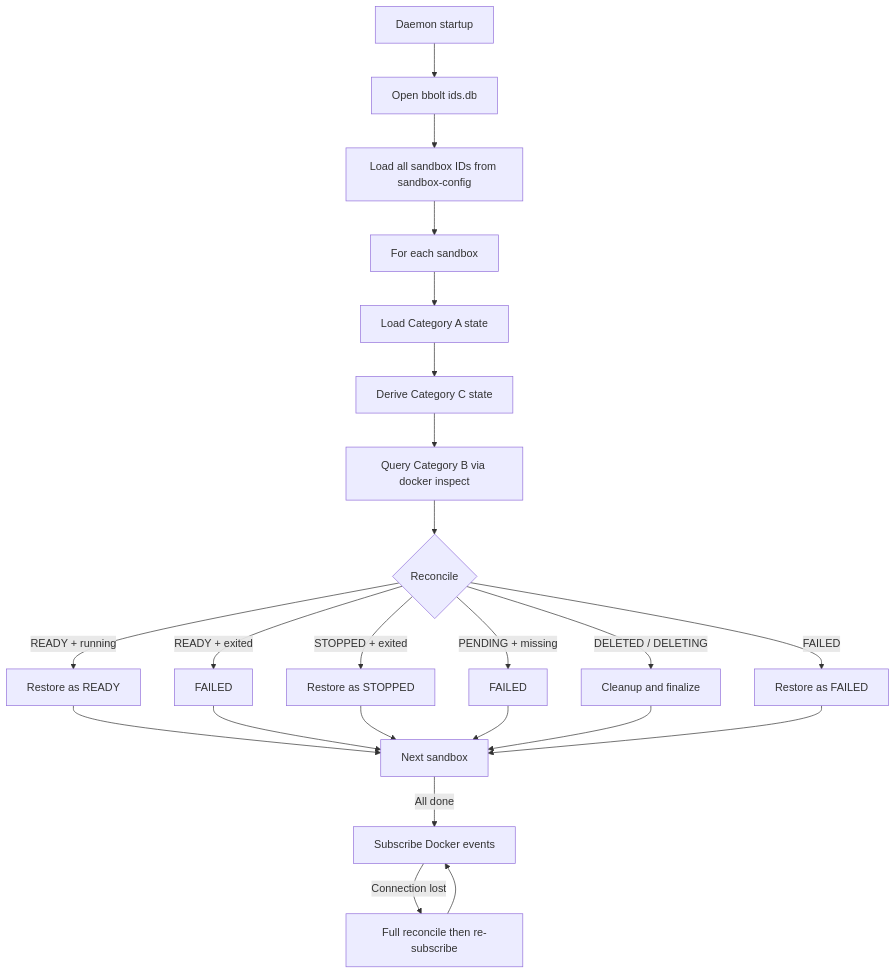
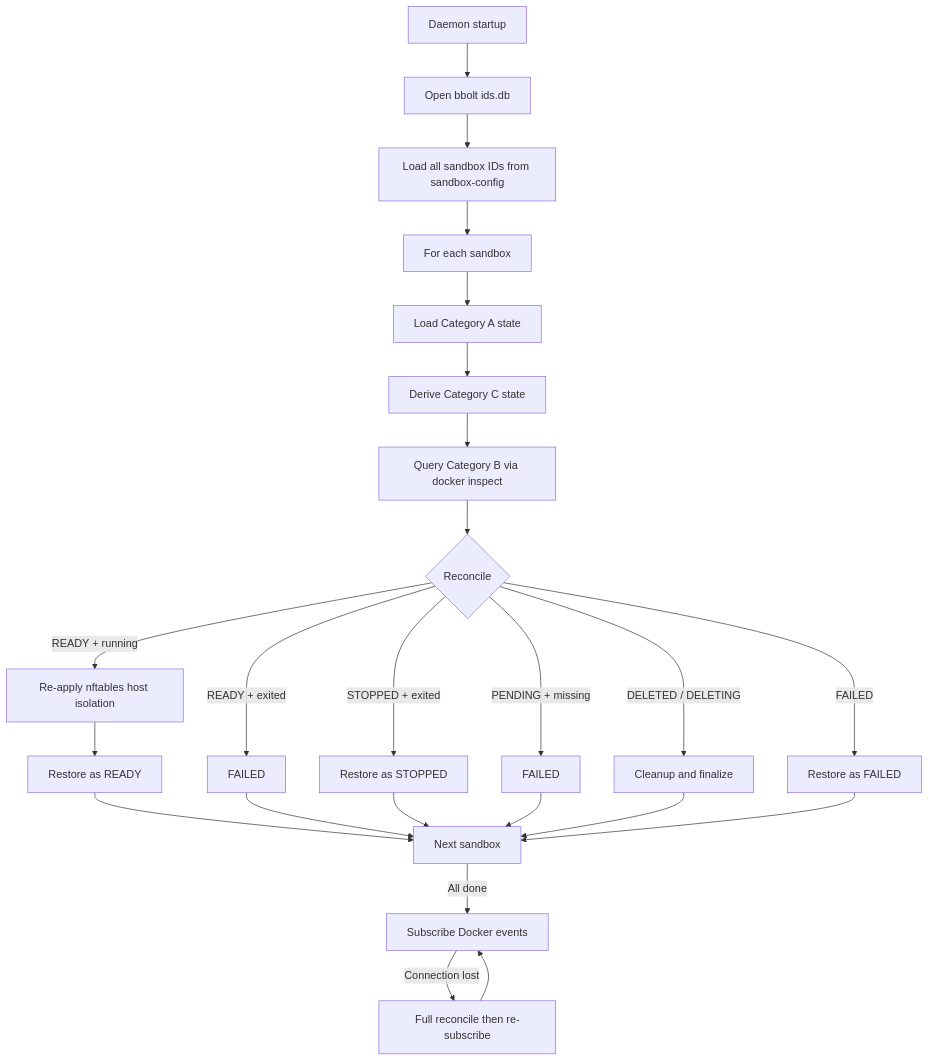
The diagram in docs/daemon_state_management.md (1996fanrui/agents-sandbox), drawn with Mermaid before and after one commit. The commit also changed other lines of this file and 4 other files, not shown here.

````diff
--- a/docs/daemon_state_management.md
+++ b/docs/daemon_state_management.md
@@ -73,25 +74,26 @@
 ```mermaid
 flowchart TD
     Start[Daemon startup] --> OpenDB[Open bbolt ids.db]
     OpenDB --> LoadIDs[Load all sandbox IDs from sandbox-config]
     LoadIDs --> ForEach[For each sandbox]
     ForEach --> LoadA[Load Category A state]
     LoadA --> DeriveC[Derive Category C state]
     DeriveC --> QueryB[Query Category B via docker inspect]
     QueryB --> Reconcile{Reconcile}
-    Reconcile -->|READY + running| RestoreReady[Restore as READY]
+    Reconcile -->|READY + running| ReapplyNftables[Re-apply nftables host isolation]
+    ReapplyNftables --> RestoreReady[Restore as READY]
     Reconcile -->|READY + exited| ToFailed[FAILED]
     Reconcile -->|STOPPED + exited| RestoreStopped[Restore as STOPPED]
     Reconcile -->|PENDING + missing| ToFailed2[FAILED]
     Reconcile -->|DELETED / DELETING| Cleanup[Cleanup and finalize]
     Reconcile -->|FAILED| RestoreFailed[Restore as FAILED]
     RestoreReady --> Next[Next sandbox]
     ToFailed --> Next
     RestoreStopped --> Next
     ToFailed2 --> Next
     Cleanup --> Next
     RestoreFailed --> Next
     Next -->|All done| EventLoop[Subscribe Docker events]
     EventLoop -->|Connection lost| FullReconcile[Full reconcile then re-subscribe]
     FullReconcile --> EventLoop
 ```
````
